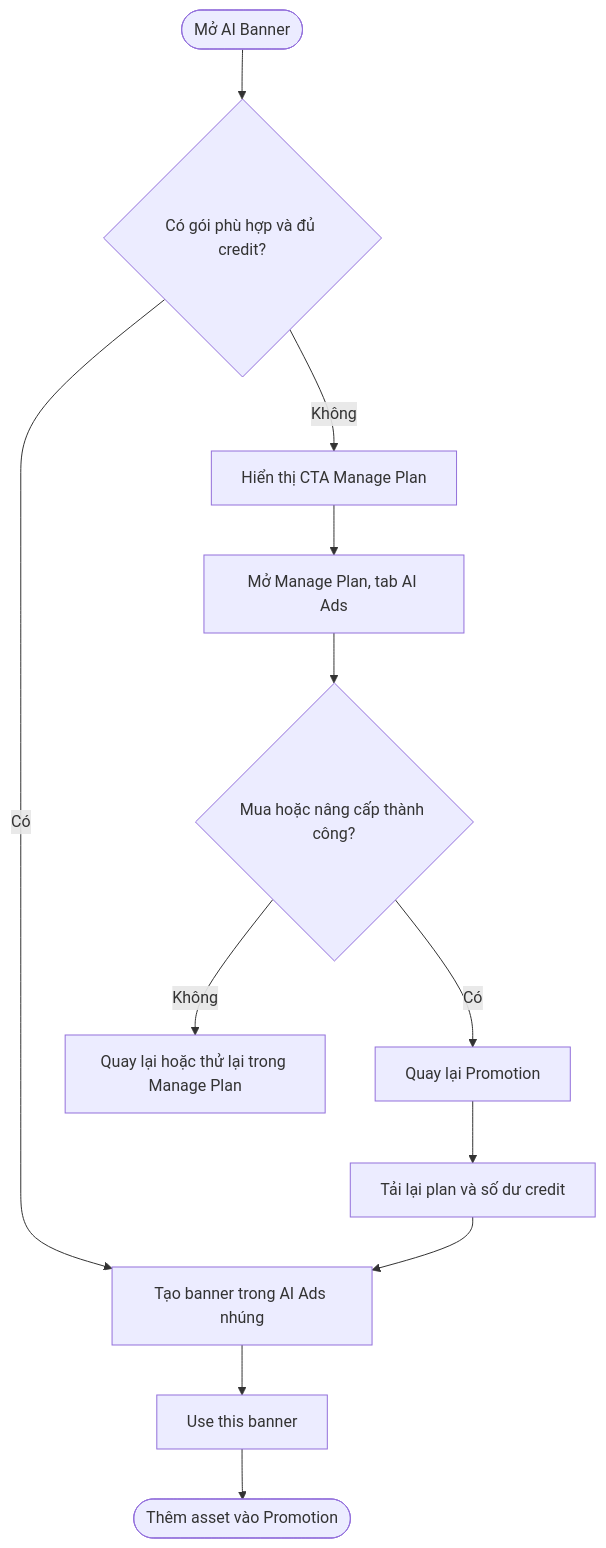
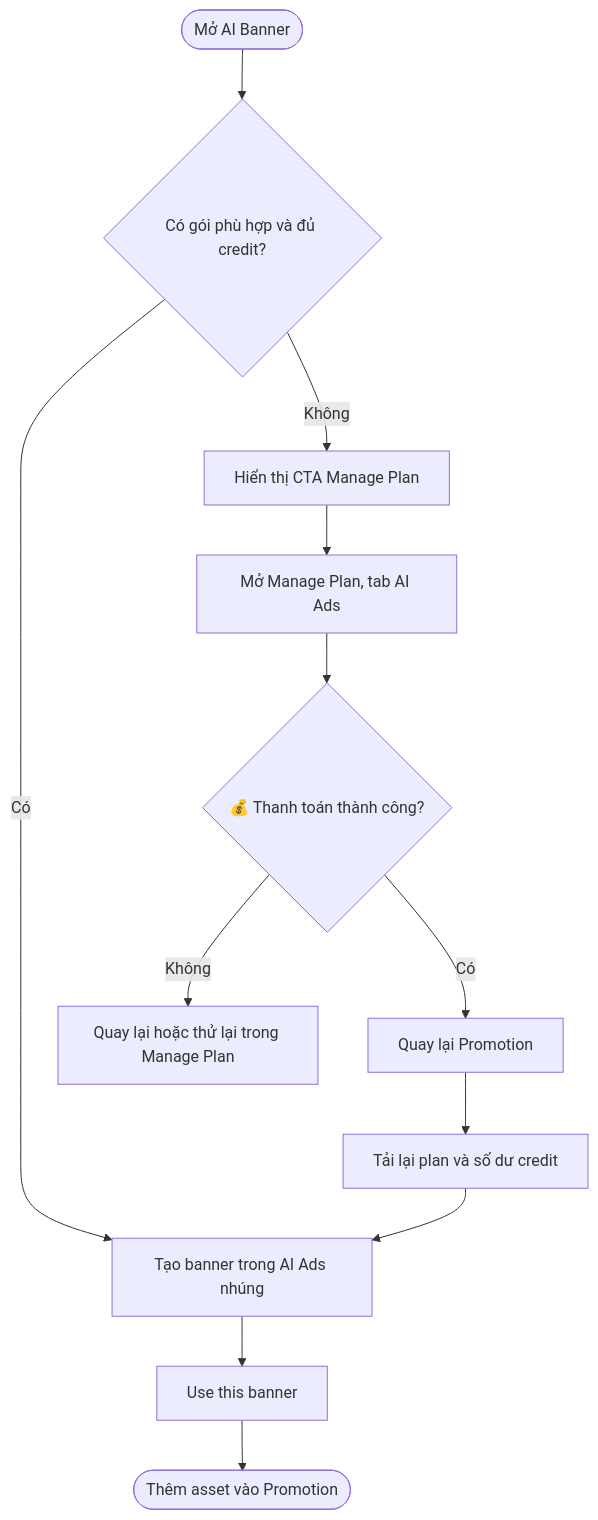
One commit to vlink-group/VlinkPay changed the second of 6 diagrams in nexora/docs/business/promotion-studio-upgrade-analysis.md. Above: the diagram before and after it, drawn with Mermaid. The commit also changed other lines of this file, not shown here.

````diff
--- a/nexora/docs/business/promotion-studio-upgrade-analysis.md
+++ b/nexora/docs/business/promotion-studio-upgrade-analysis.md
@@ -329,14 +198,14 @@
 ```mermaid
 flowchart TD
     A([Mở AI Banner]) --> B{Có gói phù hợp và đủ credit?}
     B -- Có --> C[Tạo banner trong AI Ads nhúng]
     B -- Không --> D[Hiển thị CTA Manage Plan]
     D --> E[Mở Manage Plan, tab AI Ads]
-    E --> F{Mua hoặc nâng cấp thành công?}
+    E --> F{💰 Thanh toán thành công?}
     F -- Không --> G[Quay lại hoặc thử lại trong Manage Plan]
     F -- Có --> H[Quay lại Promotion]
     H --> I[Tải lại plan và số dư credit]
     I --> C
     C --> J[Use this banner]
     J --> K([Thêm asset vào Promotion])
 ```
````
